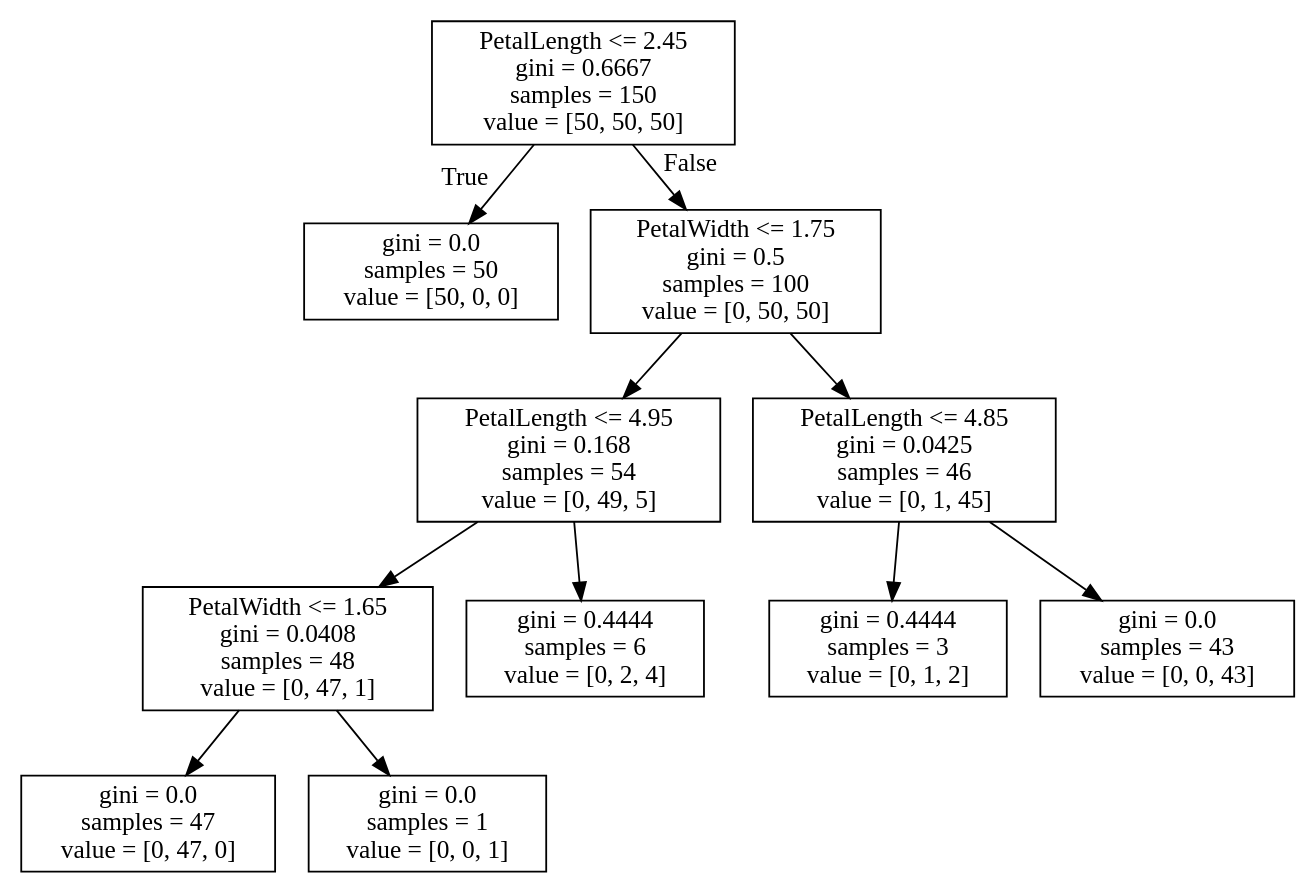
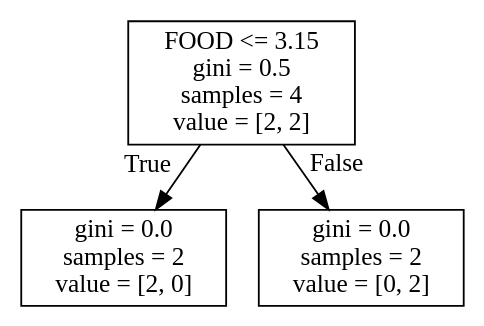
One commit to DariuszMak/AI_2017 changed the diagram in decision_tree/dt.dot. Above: the diagram before and after it, drawn with Graphviz. The commit also changed 5 other files, not shown here.

```diff
--- a/decision_tree/dt.dot
+++ b/decision_tree/dt.dot
@@ -1,24 +1,8 @@
 digraph Tree {
 node [shape=box] ;
-0 [label="PetalLength <= 2.45\ngini = 0.6667\nsamples = 150\nvalue = [50, 50, 50]"] ;
-1 [label="gini = 0.0\nsamples = 50\nvalue = [50, 0, 0]"] ;
+0 [label="FOOD <= 3.15\ngini = 0.5\nsamples = 4\nvalue = [2, 2]"] ;
+1 [label="gini = 0.0\nsamples = 2\nvalue = [2, 0]"] ;
 0 -> 1 [labeldistance=2.5, labelangle=45, headlabel="True"] ;
-2 [label="PetalWidth <= 1.75\ngini = 0.5\nsamples = 100\nvalue = [0, 50, 50]"] ;
+2 [label="gini = 0.0\nsamples = 2\nvalue = [0, 2]"] ;
 0 -> 2 [labeldistance=2.5, labelangle=-45, headlabel="False"] ;
-3 [label="PetalLength <= 4.95\ngini = 0.168\nsamples = 54\nvalue = [0, 49, 5]"] ;
-2 -> 3 ;
-4 [label="PetalWidth <= 1.65\ngini = 0.0408\nsamples = 48\nvalue = [0, 47, 1]"] ;
-3 -> 4 ;
-5 [label="gini = 0.0\nsamples = 47\nvalue = [0, 47, 0]"] ;
-4 -> 5 ;
-6 [label="gini = 0.0\nsamples = 1\nvalue = [0, 0, 1]"] ;
-4 -> 6 ;
-7 [label="gini = 0.4444\nsamples = 6\nvalue = [0, 2, 4]"] ;
-3 -> 7 ;
-8 [label="PetalLength <= 4.85\ngini = 0.0425\nsamples = 46\nvalue = [0, 1, 45]"] ;
-2 -> 8 ;
-9 [label="gini = 0.4444\nsamples = 3\nvalue = [0, 1, 2]"] ;
-8 -> 9 ;
-10 [label="gini = 0.0\nsamples = 43\nvalue = [0, 0, 43]"] ;
-8 -> 10 ;
 }
```
